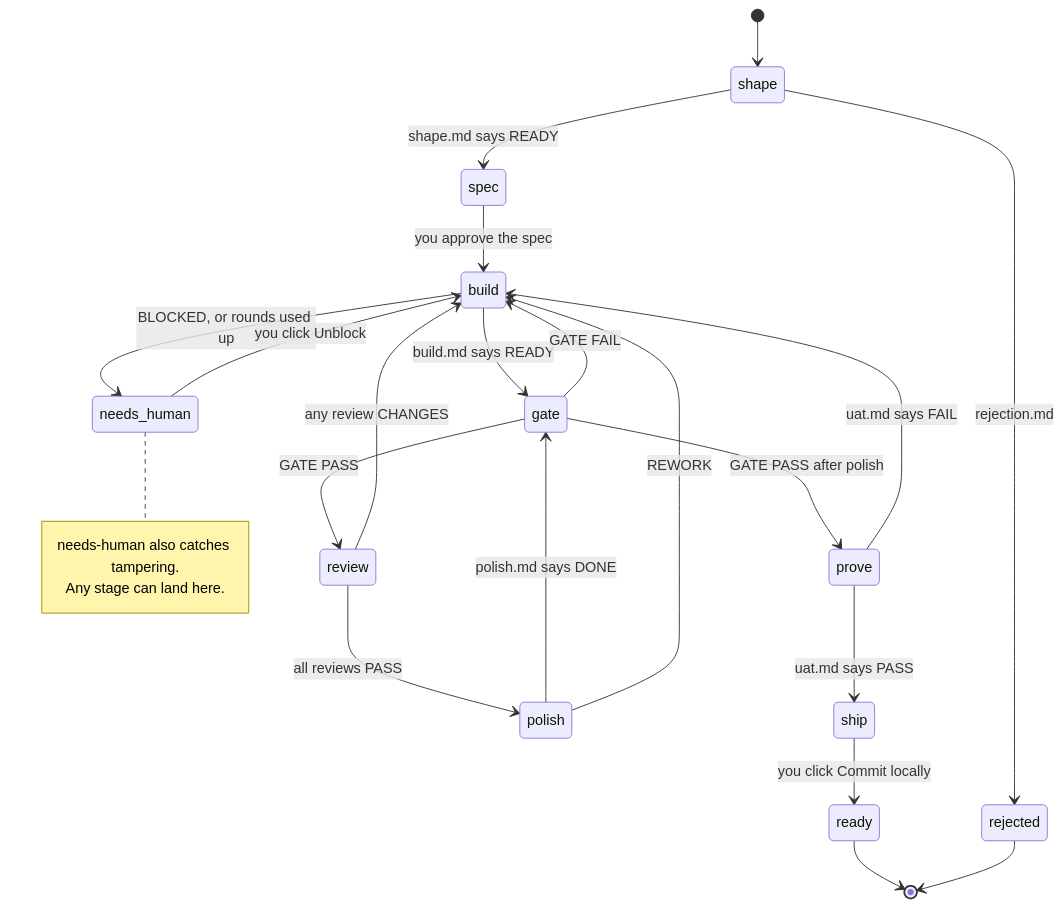
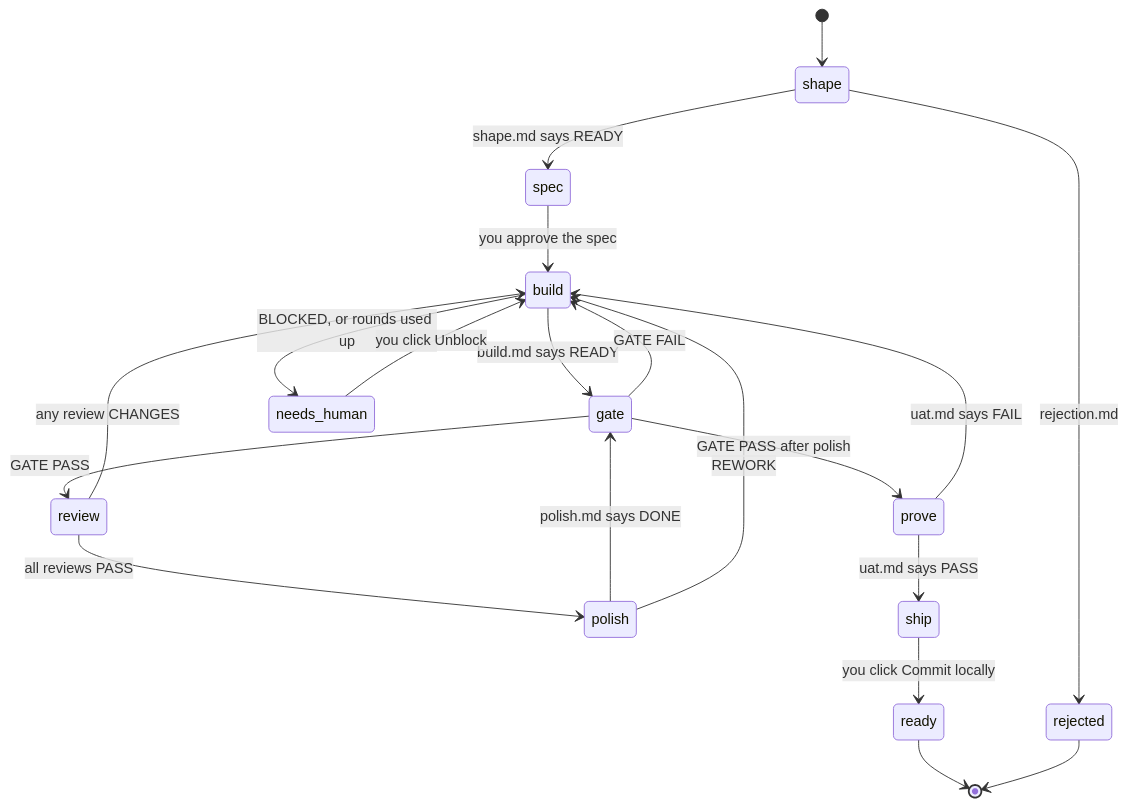
One commit to ChristopherAlphonse/calphonse-skills changed the diagram in factory/README.md. Above: the diagram before and after it, drawn with Mermaid. The commit also changed other lines of this file and 7 other files, not shown here.

````diff
--- a/factory/README.md
+++ b/factory/README.md
@@ -32,26 +15,22 @@
 ```mermaid
 stateDiagram-v2
     [*] --> shape
     shape --> spec: shape.md says READY
     shape --> rejected: rejection.md
     spec --> build: you approve the spec
     build --> gate: build.md says READY
     gate --> review: GATE PASS
     gate --> build: GATE FAIL
     review --> polish: all reviews PASS
     review --> build: any review CHANGES
     polish --> gate: polish.md says DONE
     polish --> build: REWORK
     gate --> prove: GATE PASS after polish
     prove --> ship: uat.md says PASS
     prove --> build: uat.md says FAIL
     ship --> ready: you click Commit locally
     ready --> [*]
     rejected --> [*]
     build --> needs_human: BLOCKED, or rounds used up
     needs_human --> build: you click Unblock
-    note right of needs_human
-        needs-human also catches tampering.
-        Any stage can land here.
-    end note
 ```
````
